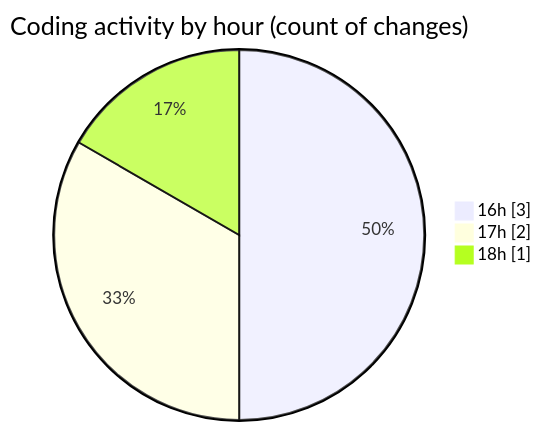
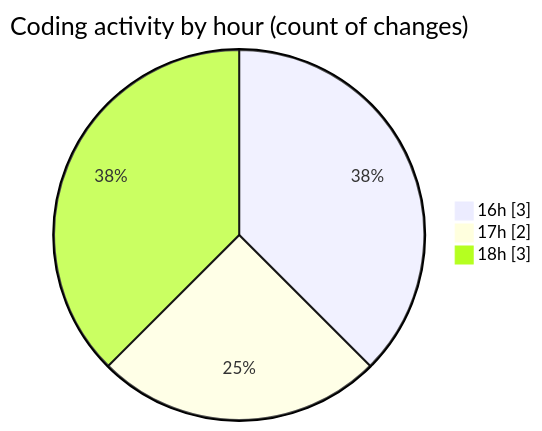
Before and after one commit to NitaiMahat/code-tracking: the second of 2 diagrams in 2025-03-25/startfiles/README.md, drawn with Mermaid. The commit also changed other lines of this file and 1 other file, not shown here.

````diff
--- a/2025-03-25/startfiles/README.md
+++ b/2025-03-25/startfiles/README.md
@@ -28,7 +28,7 @@
 ```mermaid
 pie showData
 title Coding activity by hour (count of changes)
 "16h" : 3
 "17h" : 2
-"18h" : 1
+"18h" : 3
 ```
````
